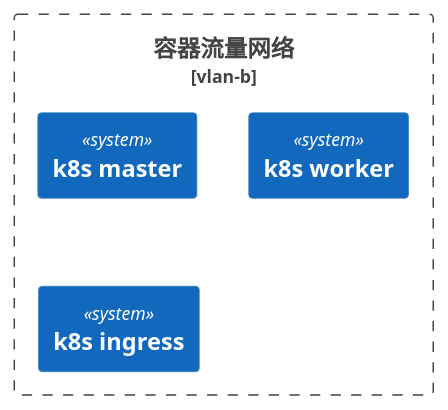
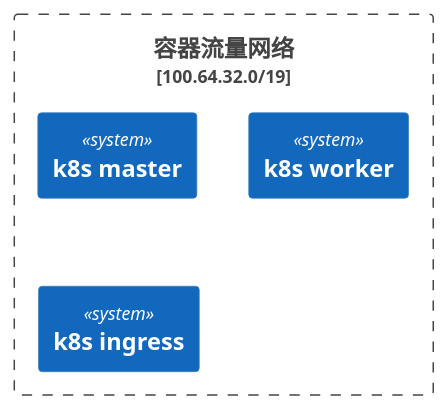
One commit to gardenerframework/impatiens changed the fourth of 8 diagrams in 云与虚拟化/调度系统/k8s/实践/k8s生产集群部署/1. 网络规划/readme.md. Above: the diagram before and after it, drawn with PlantUML. The commit also changed other lines of this file and 2 other files, not shown here.

````diff
--- a/云与虚拟化/调度系统/k8s/实践/k8s生产集群部署/1. 网络规划/readme.md
+++ b/云与虚拟化/调度系统/k8s/实践/k8s生产集群部署/1. 网络规划/readme.md
@@ -384,11 +182,11 @@
 ```plantuml
 @startuml
 !include  https://plantuml.s3.cn-north-1.jdcloud-oss.com/C4_Container.puml
 
-Boundary(容器流量网络, 容器流量网络, vlan-b) {
+Boundary(容器流量网络, 容器流量网络, 100.64.32.0/19) {
     System(k8smaster, k8s master)
     System(k8swoker, k8s worker)
     System(k8ingress, k8s ingress)
 }
 @enduml
 ```
````
